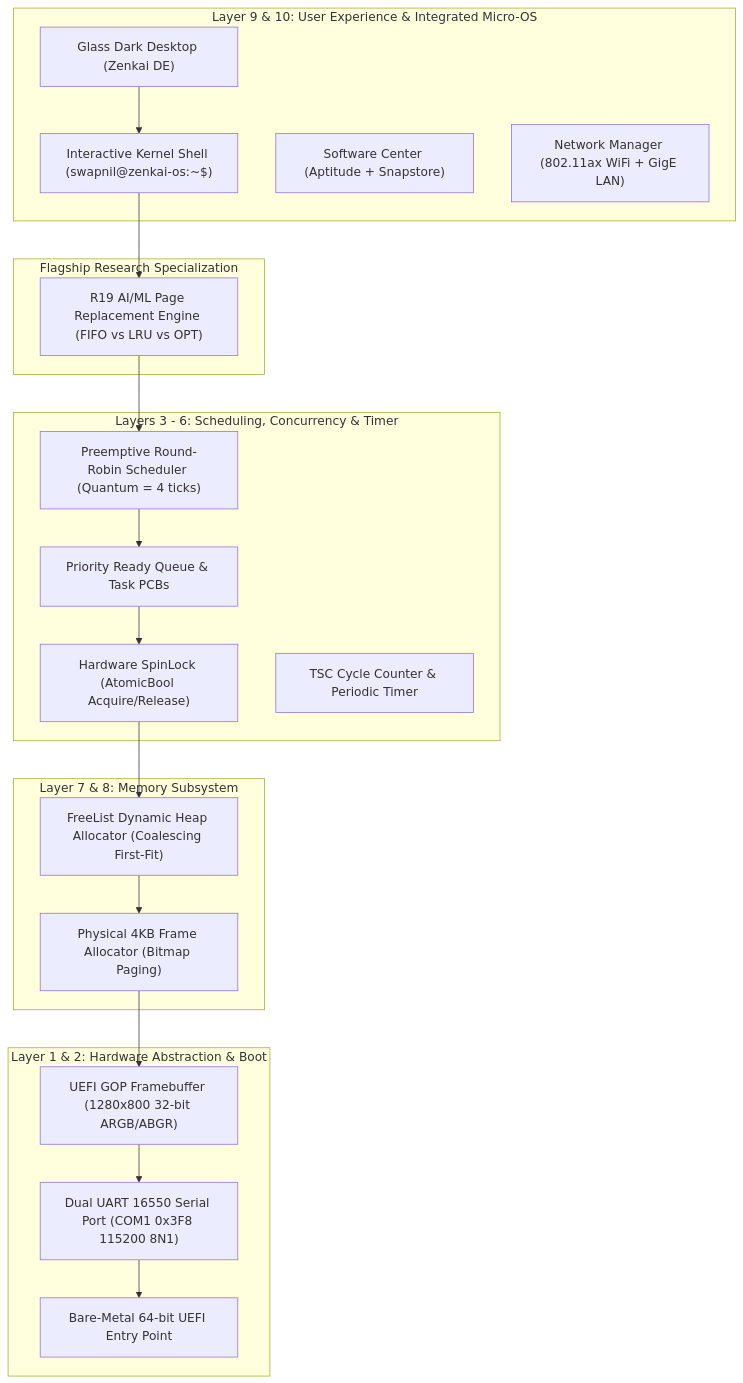
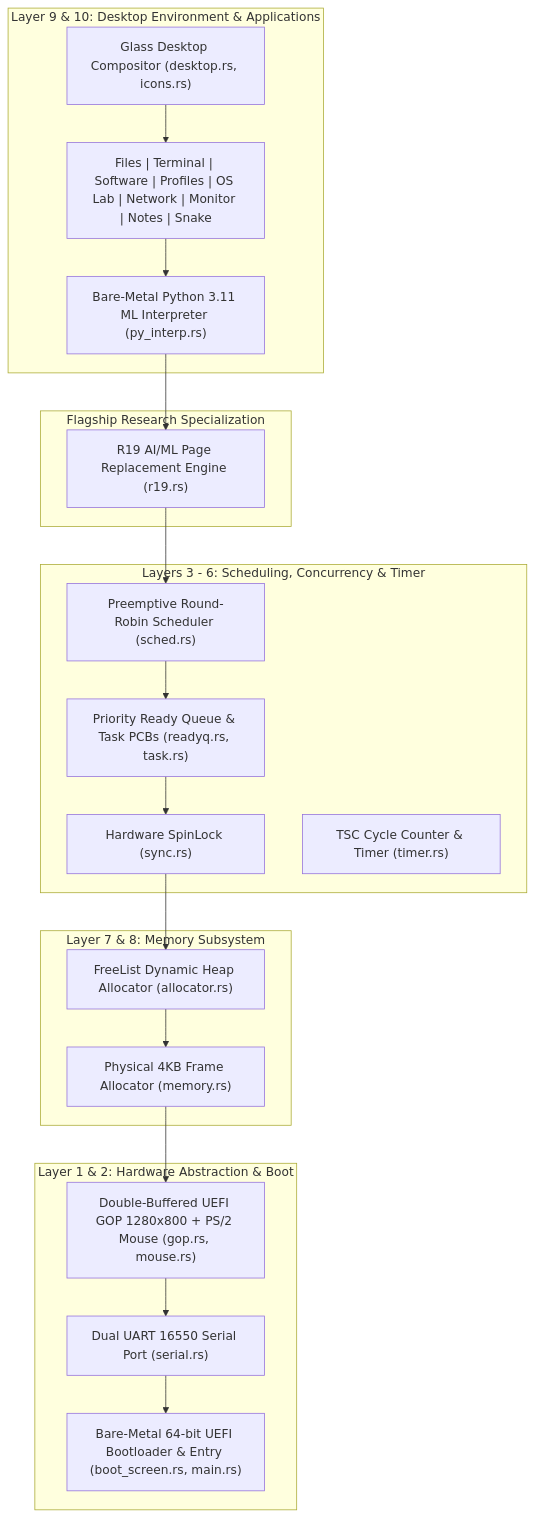
Before and after one commit to Swapnil-Ghosh06/Zenkai_Os: the diagram in README.md, drawn with Mermaid. The commit also changed other lines of this file and 11 other files, not shown here.

````diff
--- a/README.md
+++ b/README.md
@@ -143,42 +134,32 @@
 ```mermaid
 flowchart TD
-    subgraph L9_10["Layer 9 & 10: User Experience & Integrated Micro-OS"]
-        UI["Glass Dark Desktop (Zenkai DE)"]
-        SHELL["Interactive Kernel Shell (swapnil@zenkai-os:~$)"]
-        PKG["Software Center (Aptitude + Snapstore)"]
-        NET["Network Manager (802.11ax WiFi + GigE LAN)"]
+    subgraph L9_10["Layer 9 & 10: Desktop Environment & Applications"]
+        UI["Glass Desktop Compositor (desktop.rs, icons.rs)"]
+        APPS["Files | Terminal | Software | Profiles | OS Lab | Network | Monitor | Notes | Snake"]
+        PY["Bare-Metal Python 3.11 ML Interpreter (py_interp.rs)"]
     end
 
     subgraph R19_MODULE["Flagship Research Specialization"]
-        R19["R19 AI/ML Page Replacement Engine (FIFO vs LRU vs OPT)"]
+        R19["R19 AI/ML Page Replacement Engine (r19.rs)"]
     end
 
     subgraph L3_6["Layers 3 - 6: Scheduling, Concurrency & Timer"]
-        SCHED["Preemptive Round-Robin Scheduler (Quantum = 4 ticks)"]
-        READYQ["Priority Ready Queue & Task PCBs"]
-        SYNC["Hardware SpinLock (AtomicBool Acquire/Release)"]
-        TIMER["TSC Cycle Counter & Periodic Timer"]
+        SCHED["Preemptive Round-Robin Scheduler (sched.rs)"]
+        READYQ["Priority Ready Queue & Task PCBs (readyq.rs, task.rs)"]
+        SYNC["Hardware SpinLock (sync.rs)"]
+        TIMER["TSC Cycle Counter & Timer (timer.rs)"]
     end
 
     subgraph L7_8["Layer 7 & 8: Memory Subsystem"]
-        HEAP["FreeList Dynamic Heap Allocator (Coalescing First-Fit)"]
-        FRAMES["Physical 4KB Frame Allocator (Bitmap Paging)"]
+        HEAP["FreeList Dynamic Heap Allocator (allocator.rs)"]
+        FRAMES["Physical 4KB Frame Allocator (memory.rs)"]
     end
 
     subgraph L1_2["Layer 1 & 2: Hardware Abstraction & Boot"]
-        GOP["UEFI GOP Framebuffer (1280x800 32-bit ARGB/ABGR)"]
-        SERIAL["Dual UART 16550 Serial Port (COM1 0x3F8 115200 8N1)"]
-        UEFI["Bare-Metal 64-bit UEFI Entry Point"]
+        GOP["Double-Buffered UEFI GOP 1280x800 + PS/2 Mouse (gop.rs, mouse.rs)"]
+        SERIAL["Dual UART 16550 Serial Port (serial.rs)"]
+        UEFI["Bare-Metal 64-bit UEFI Bootloader & Entry (boot_screen.rs, main.rs)"]
     end
 
-    UI --> SHELL
-    SHELL --> R19
-    R19 --> SCHED
-    SCHED --> READYQ
-    READYQ --> SYNC
-    SYNC --> HEAP
-    HEAP --> FRAMES
-    FRAMES --> GOP
-    GOP --> SERIAL
-    SERIAL --> UEFI
+    UI --> APPS --> PY --> R19 --> SCHED --> READYQ --> SYNC --> HEAP --> FRAMES --> GOP --> SERIAL --> UEFI
 ```
````
